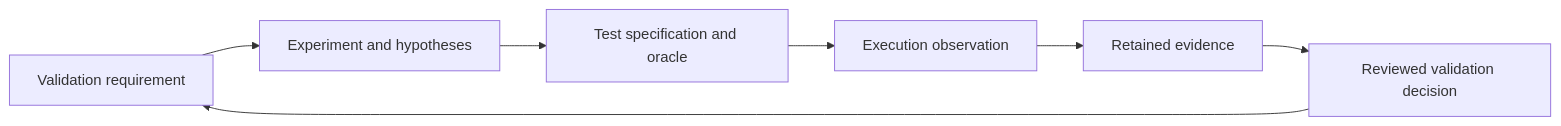
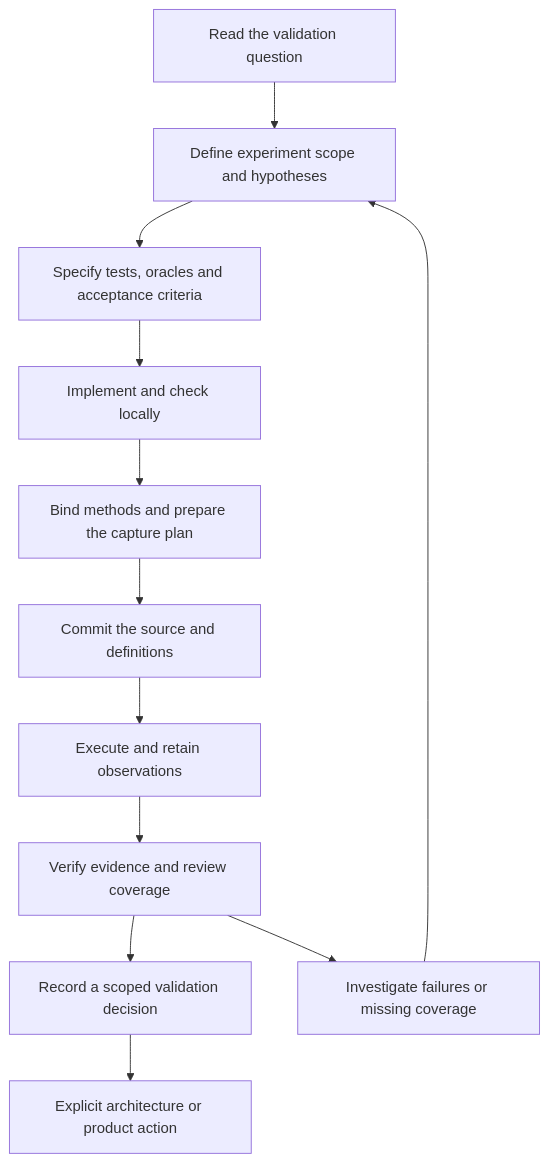
One commit to mbellary/chronoshft changed the diagram in docs/10-validation-lab/methodology.md. Above: the diagram before and after it, drawn with Mermaid. The commit also changed other lines of this file, not shown here.

````diff
--- a/docs/10-validation-lab/methodology.md
+++ b/docs/10-validation-lab/methodology.md
@@ -5,9 +7,14 @@
 ```mermaid
-flowchart LR
-    V[Validation requirement] --> E[Experiment and hypotheses]
-    E --> T[Test specification and oracle]
-    T --> R[Execution observation]
-    R --> A[Retained evidence]
-    A --> D[Reviewed validation decision]
-    D --> V
+flowchart TD
+    Q[Read the validation question] --> P[Define experiment scope and hypotheses]
+    P --> T[Specify tests, oracles and acceptance criteria]
+    T --> I[Implement and check locally]
+    I --> B[Bind methods and prepare the capture plan]
+    B --> C[Commit the source and definitions]
+    C --> R[Execute and retain observations]
+    R --> V[Verify evidence and review coverage]
+    V --> D[Record a scoped validation decision]
+    V --> F[Investigate failures or missing coverage]
+    F --> P
+    D --> A[Explicit architecture or product action]
 ```
````
